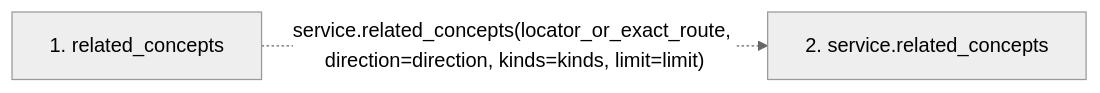
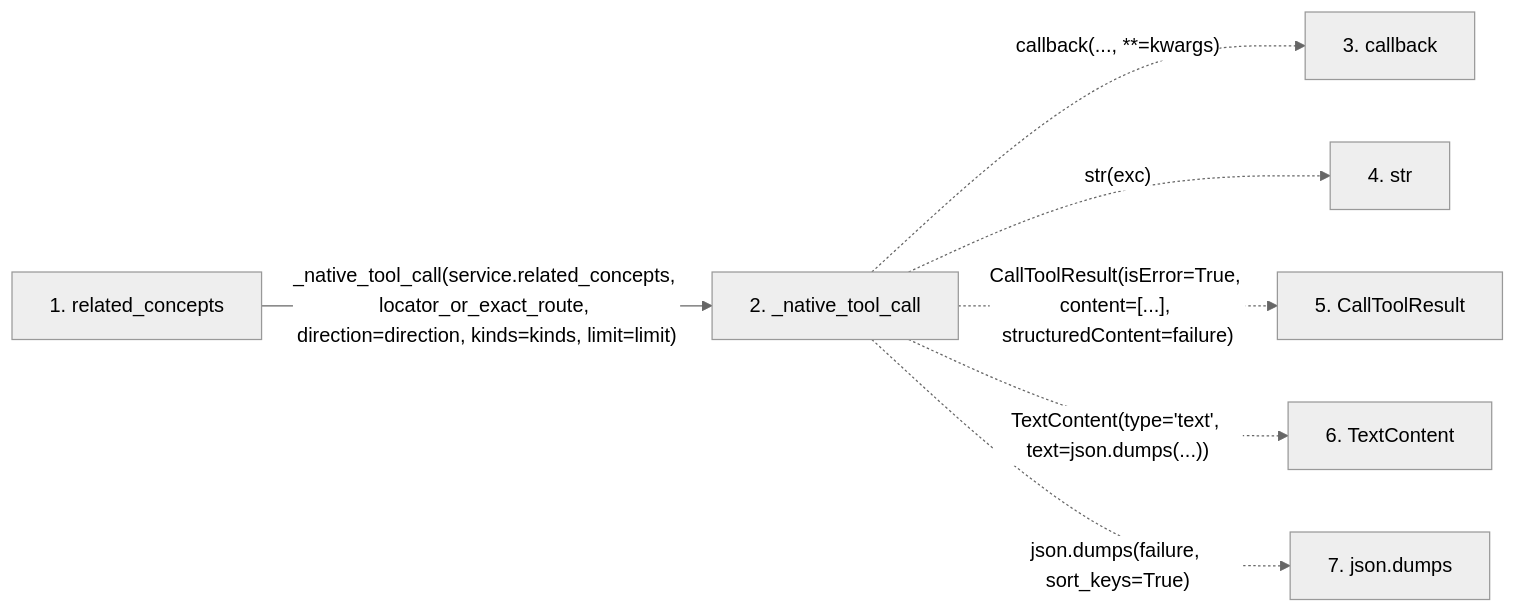
One commit to Denissvgn/python-wiki-llm changed the second of 2 diagrams in docs/llm_wiki/flows/mcp-related_concepts.md. Above: the diagram before and after it, drawn with Mermaid (neutral theme). The commit also changed other lines of this file and 398 other files, not shown here.

````diff
--- a/docs/llm_wiki/flows/mcp-related_concepts.md
+++ b/docs/llm_wiki/flows/mcp-related_concepts.md
@@ -20,7 +30,18 @@
 ```mermaid
 flowchart LR
     s1["1. related_concepts"]
-    s2["2. service.related_concepts"]
-    s1 -. "service.related_concepts(locator_or_exact_route, direction=direction, kinds=kinds, limit=limit)" .-> s2
+    s2["2. _native_tool_call"]
+    s3["3. callback"]
+    s4["4. str"]
+    s5["5. CallToolResult"]
+    s6["6. TextContent"]
+    s7["7. json.dumps"]
+    s1 -->|"_native_tool_call(service.related_concepts, locator_or_exact_route, direction=direction, kinds=kinds, limit=limit)"| s2
+    s2 -. "callback(..., **=kwargs)" .-> s3
+    s2 -. "str(exc)" .-> s4
+    s2 -. "CallToolResult(isError=True, content=[...], structuredContent=failure)" .-> s5
+    s2 -. "TextContent(type='text', text=json.dumps(...))" .-> s6
+    s2 -. "json.dumps(failure, sort_keys=True)" .-> s7
     click s1 "../modules/mcp_server.md"
+    click s2 "../modules/mcp_server.md"
 ```
````
